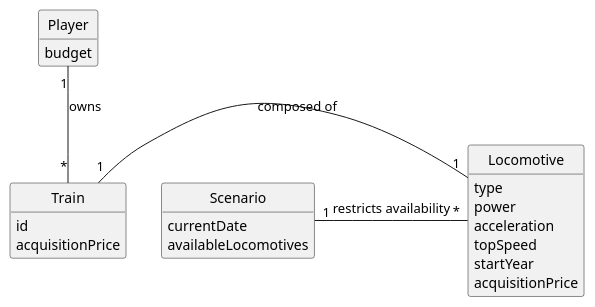
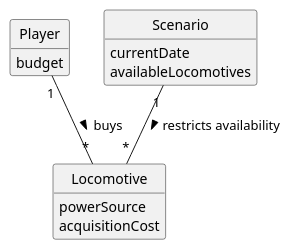
One commit to 1240826/empire-on-tracks changed the diagram in docs/system-documentation/US009/02.analysis/puml/US009-DM.puml. Above: the diagram before and after it, drawn with PlantUML. The commit also changed 12 other files, not shown here.

```diff
--- a/docs/system-documentation/US009/02.analysis/puml/US009-DM.puml
+++ b/docs/system-documentation/US009/02.analysis/puml/US009-DM.puml
@@ -1,40 +1,30 @@
 @startuml
 skinparam monochrome true
 skinparam packageStyle rectangle
 skinparam shadowing false
 
 skinparam classAttributeIconSize 0
 
 hide circle
 hide methods
 
-'title Domain Model for US009 - Buy a Train
+'title Domain Model for US009 - Buy a Locomotive
 
 class Player {
     budget
 }
 
-class Train {
-    id
-    acquisitionPrice
-}
-
 class Locomotive {
-    type
-    power
-    acceleration
-    topSpeed
-    startYear
-    acquisitionPrice
+    powerSource
+    acquisitionCost
 }
 
 class Scenario {
     currentDate
     availableLocomotives
 }
 
-Player "1" -- "*" Train : owns
-Train "1" - "1" Locomotive : composed of
-Scenario "1" - "*" Locomotive : restricts availability
+Player "1" -- "*" Locomotive : buys >
+Scenario "1" -- "*" Locomotive : restricts availability >
 
 @enduml
```
